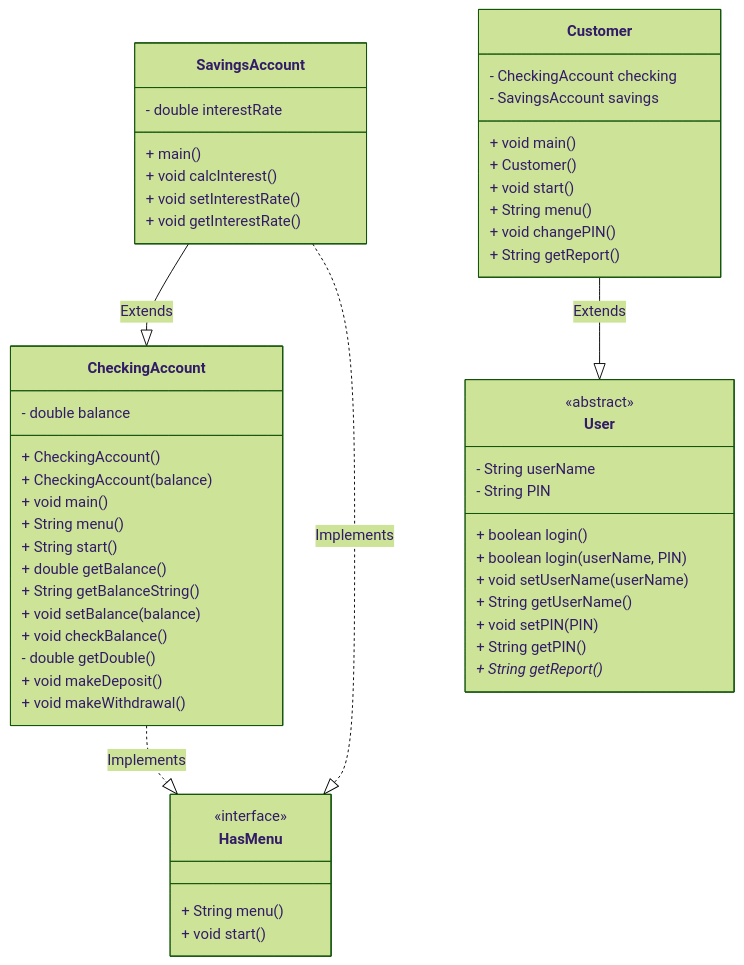
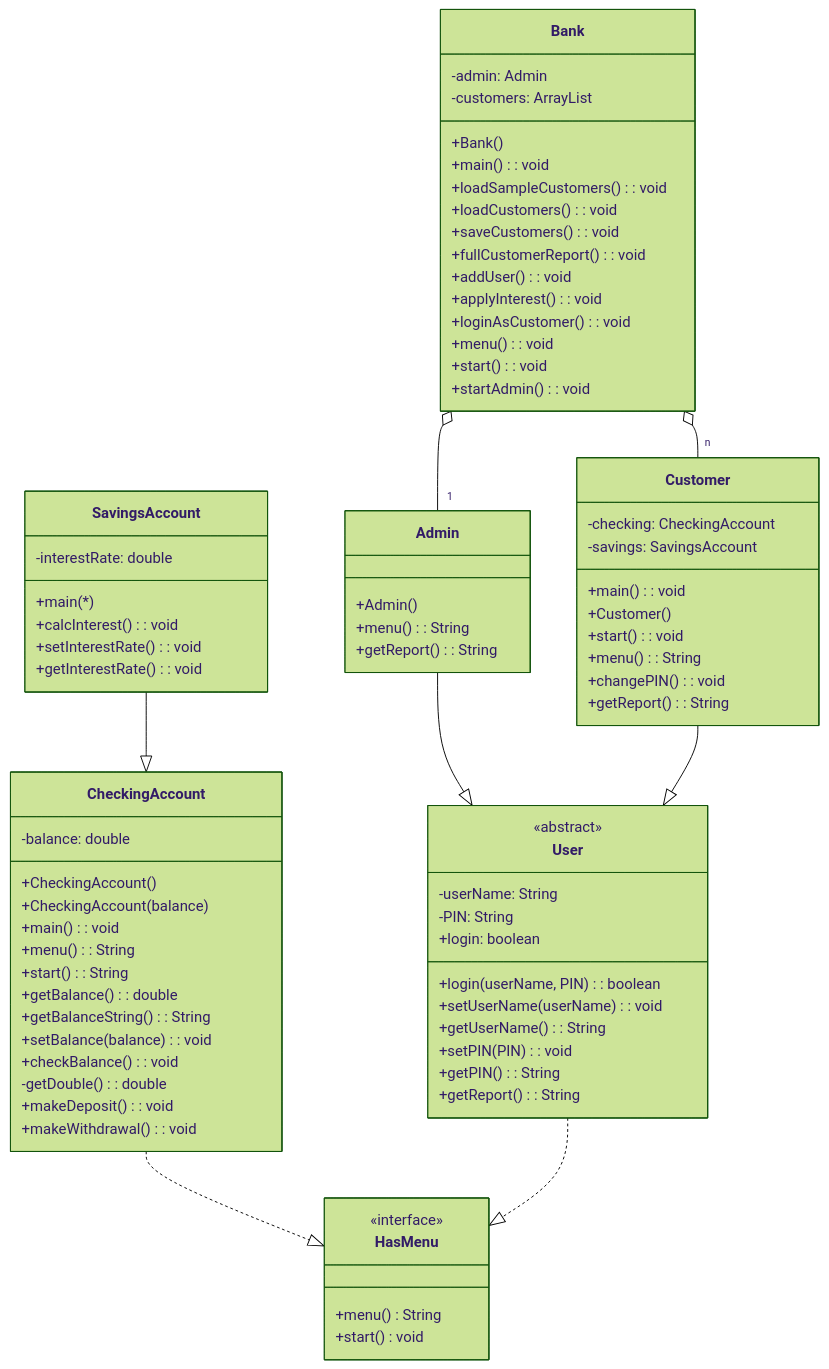
One commit to harmfooly/Bank-On-It-1 changed the diagram in README.md. Above: the diagram before and after it, drawn with Mermaid (forest theme). The commit also changed other lines of this file, not shown here.

Commit message:
Revise class diagrams and class definitions
Updated class diagrams and corrected class definitions in README.

````diff
--- a/README.md
+++ b/README.md
@@ -4,63 +4,90 @@
 ```mermaid
+
 
 classDiagram
 
-    class CheckingAccount {
-        - double balance
-        + CheckingAccount()
-        + CheckingAccount(balance)
-        + void main()
-        + String menu()
-        + String start()
-        + double getBalance()
-        + String getBalanceString()
-        + void setBalance(balance)
-        + void checkBalance()
-        - double getDouble()
-        + void makeDeposit()
-        + void makeWithdrawal()
+    class HasMenu {
+        <<interface>>
+        +menu() String
+        +start() void
     }
 
-    class HasMenu {
-        <<interface>>
-        + String menu()
-        + void start()
+    class CheckingAccount {
+        -balance: double
+        +CheckingAccount()
+        +CheckingAccount(balance)
+        +main(): void
+        +menu(): String
+        +start(): String
+        +getBalance(): double
+        +getBalanceString(): String
+        +setBalance(balance): void
+        +checkBalance(): void
+        -getDouble(): double
+        +makeDeposit(): void
+        +makeWithdrawal(): void
     }
 
     class SavingsAccount {
-        - double interestRate
-        + main()
-        + void calcInterest()
-        + void setInterestRate()
-        + void getInterestRate()
-    }
-
-    class Customer {
-        - CheckingAccount checking
-        - SavingsAccount savings
-        + void main()
-        + Customer()
-        + void start()
-        + String menu()
-        + void changePIN()
-        + String getReport()
+        -interestRate: double
+        +main(*)
+        +calcInterest(): void
+        +setInterestRate(): void
+        +getInterestRate(): void
     }
 
     class User {
         <<abstract>>
-        - String userName
-        - String PIN
-        + boolean login()
-        + boolean login(userName, PIN)
-        + void setUserName(userName)
-        + String getUserName()
-        + void setPIN(PIN)
-        + String getPIN()
-        + String getReport()*
+        -userName: String
+        -PIN: String
+        +login: boolean
+        +login(userName, PIN): boolean
+        +setUserName(userName): void
+        +getUserName(): String
+        +setPIN(PIN): void
+        +getPIN(): String
+        +getReport(): String
     }
 
-    CheckingAccount ..|> HasMenu : Implements
-    SavingsAccount --|> CheckingAccount : Extends
-    SavingsAccount ..|> HasMenu : Implements
-    Customer --|> User : Extends
+    class Admin {
+        +Admin()
+        +menu(): String
+        +getReport(): String
+    }
+
+    class Customer {
+        -checking: CheckingAccount
+        -savings: SavingsAccount
+        +main(): void
+        +Customer()
+        +start(): void
+        +menu(): String
+        +changePIN(): void
+        +getReport(): String
+    }
+
+    class Bank {
+        -admin: Admin
+        -customers: ArrayList
+        +Bank()
+        +main(): void
+        +loadSampleCustomers(): void
+        +loadCustomers(): void
+        +saveCustomers(): void
+        +fullCustomerReport(): void
+        +addUser(): void
+        +applyInterest(): void
+        +loginAsCustomer(): void
+        +menu(): void
+        +start(): void
+        +startAdmin(): void
+    }
+
+    CheckingAccount ..|> HasMenu
+    User ..|> HasMenu
+    SavingsAccount --|> CheckingAccount
+    Admin --|> User
+    Customer --|> User
+    Bank o-- "1" Admin
+    Bank o-- "n" Customer
 ```
````
